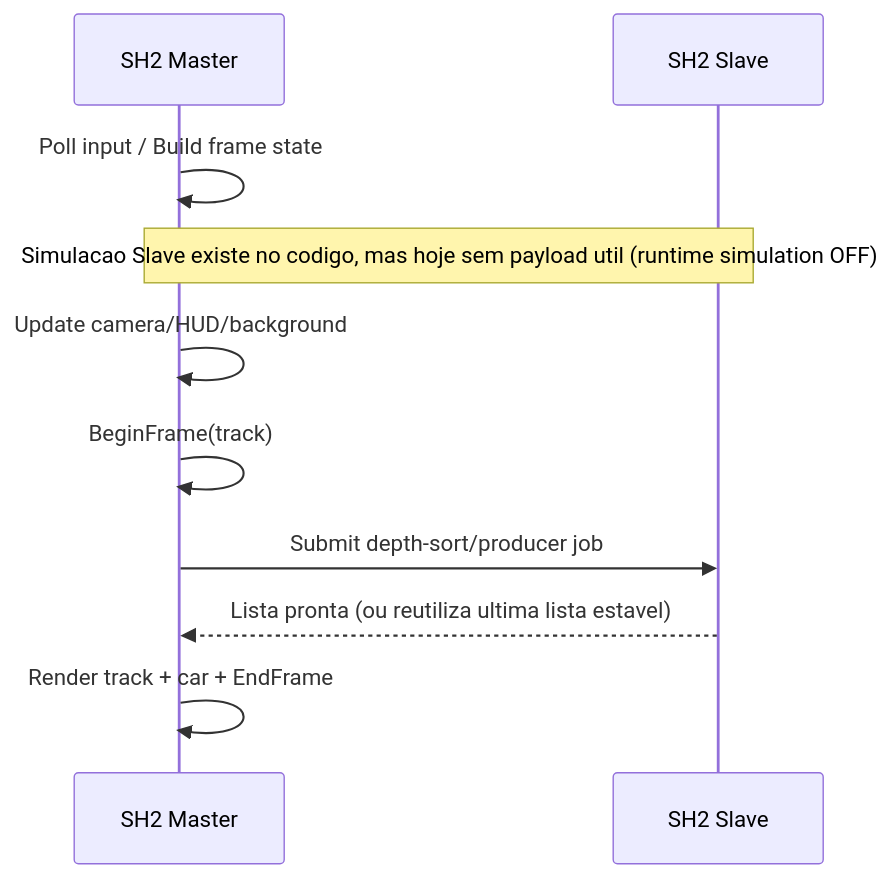
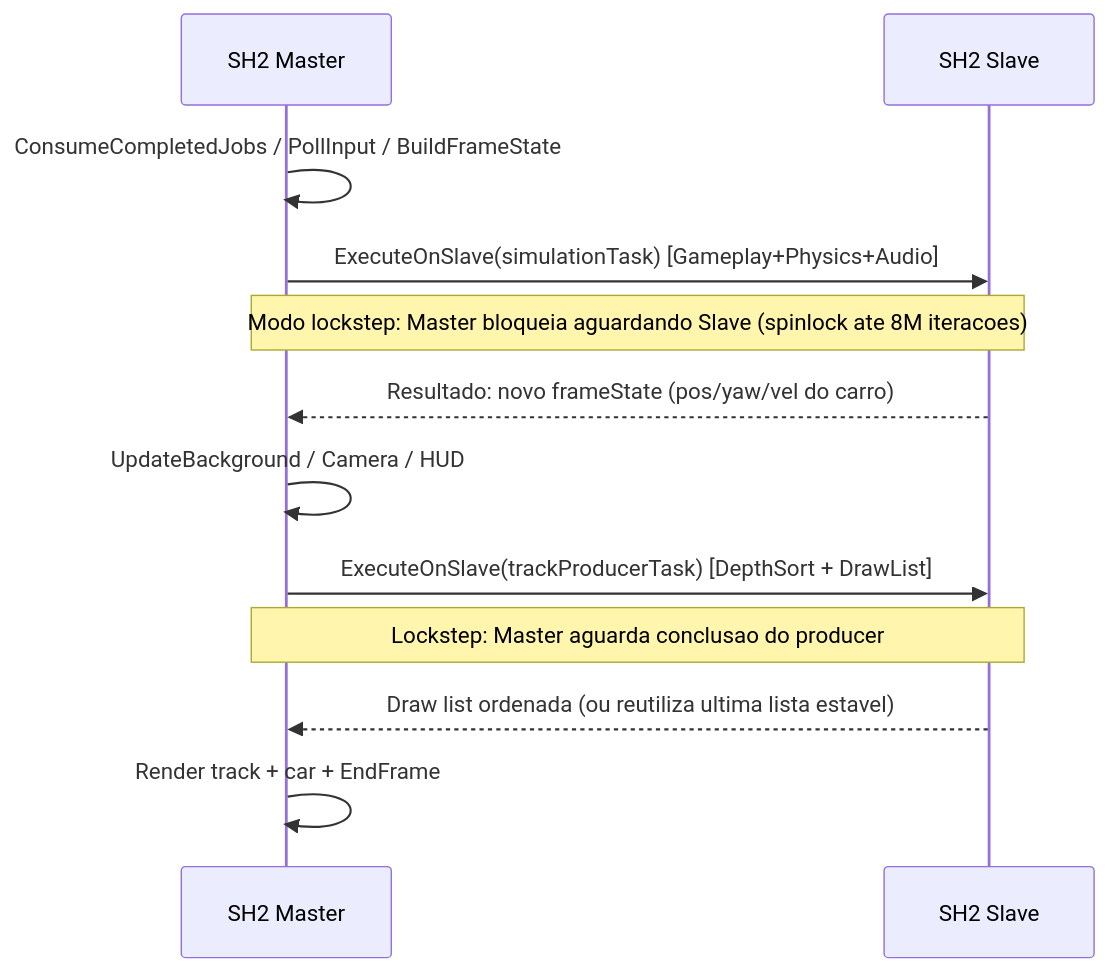
The second of 2 diagrams in SH2_USO_ATUAL.md (cleberssanches1/Interlagos_racing), drawn with Mermaid before and after one commit. The commit also changed other lines of this file and 12 other files, not shown here.

````diff
--- a/SH2_USO_ATUAL.md
+++ b/SH2_USO_ATUAL.md
@@ -58,13 +93,15 @@
 ```mermaid
 sequenceDiagram
     participant M as SH2 Master
     participant S as SH2 Slave
 
-    M->>M: Poll input / Build frame state
-    Note over M,S: Simulacao Slave existe no codigo, mas hoje sem payload util (runtime simulation OFF)
-    M->>M: Update camera/HUD/background
-    M->>M: BeginFrame(track)
-    M->>S: Submit depth-sort/producer job
-    S-->>M: Lista pronta (ou reutiliza ultima lista estavel)
+    M->>M: ConsumeCompletedJobs / PollInput / BuildFrameState
+    M->>S: ExecuteOnSlave(simulationTask) [Gameplay+Physics+Audio]
+    Note over M,S: Modo lockstep: Master bloqueia aguardando Slave (spinlock ate 8M iteracoes)
+    S-->>M: Resultado: novo frameState (pos/yaw/vel do carro)
+    M->>M: UpdateBackground / Camera / HUD
+    M->>S: ExecuteOnSlave(trackProducerTask) [DepthSort + DrawList]
+    Note over M,S: Lockstep: Master aguarda conclusao do producer
+    S-->>M: Draw list ordenada (ou reutiliza ultima lista estavel)
     M->>M: Render track + car + EndFrame
 ```
````
